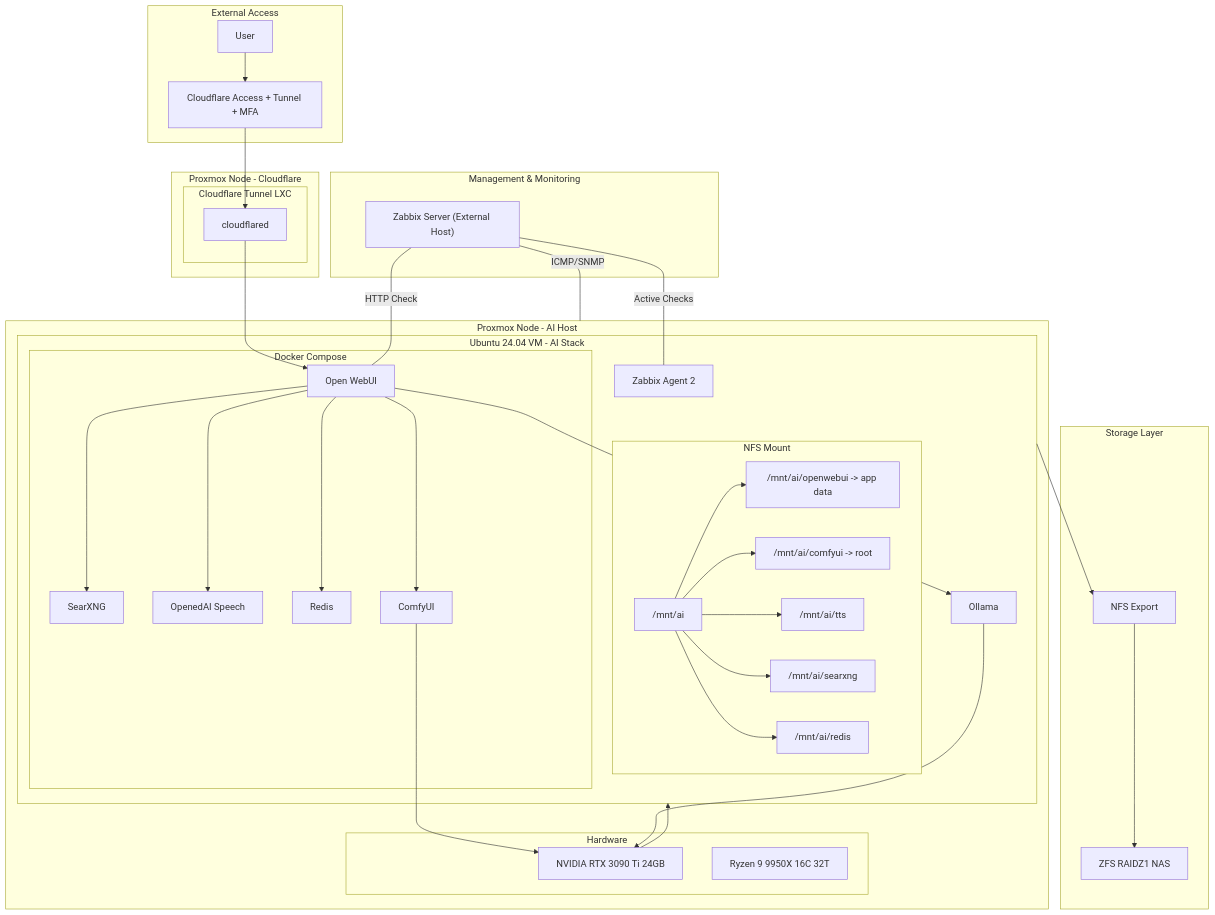
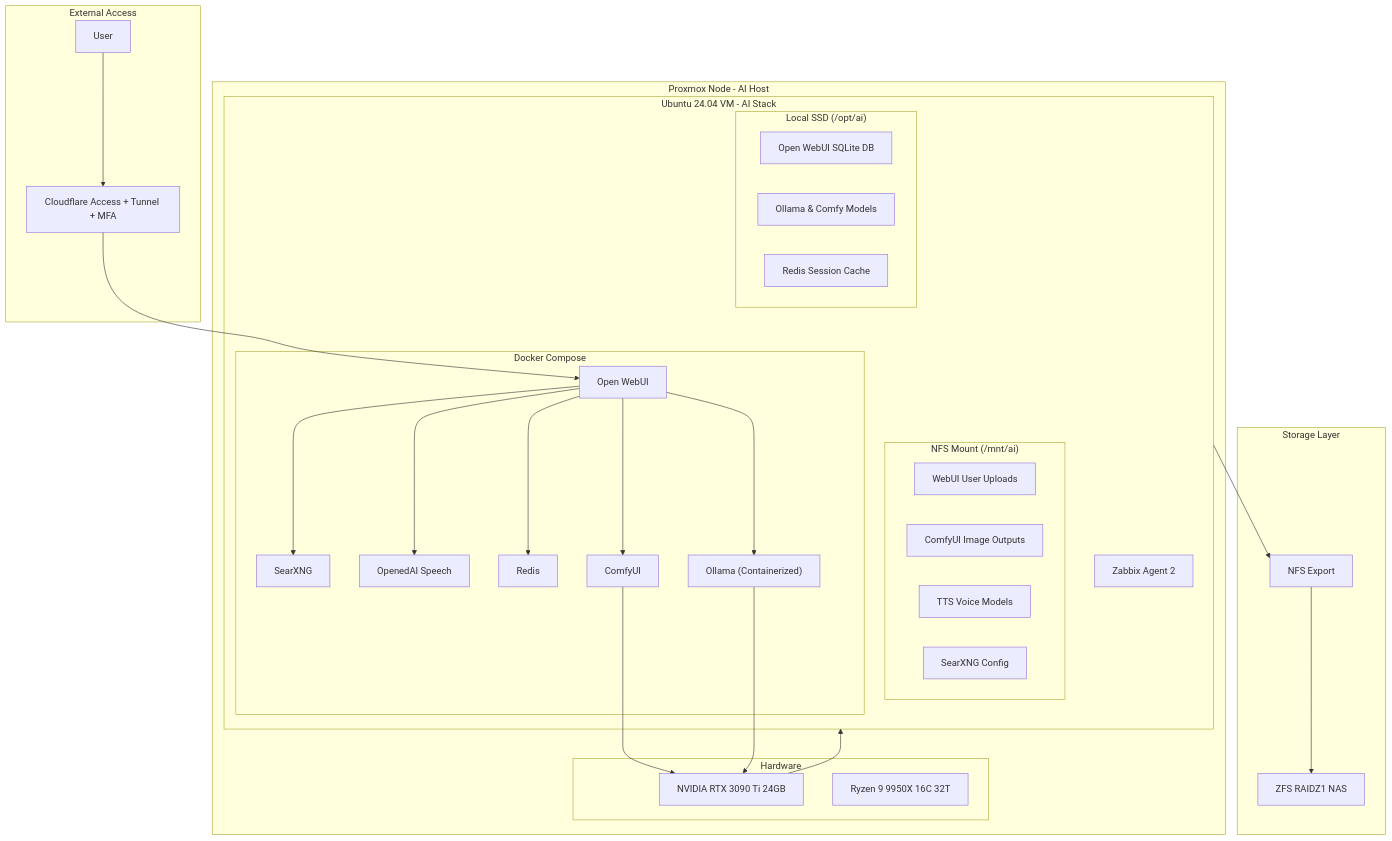
One commit to nicolasnkGH/ai-stack changed the diagram in docs/architecture.md. Above: the diagram before and after it, drawn with Mermaid. The commit also changed other lines of this file, not shown here.

Commit message:
Revise architecture.md for AI stack and monitoring updates
Updated architecture documentation to reflect changes in the AI stack and storage strategy, including new monitoring and troubleshooting sections.

````diff
--- a/docs/architecture.md
+++ b/docs/architecture.md
@@ -12,76 +12,57 @@
 ```mermaid
 graph TD
 
 subgraph External_Network["External Access"]
-  User["User"] --> CF["Cloudflare Access + Tunnel + MFA"]
-end
-
-subgraph Management["Management & Monitoring"]
-  ZBX["Zabbix Server (External Host)"]
-end
-
-subgraph Proxmox_Node_CF["Proxmox Node - Cloudflare"]
-  subgraph CF_LXC["Cloudflare Tunnel LXC"]
-    CFT["cloudflared"]
-  end
+    User["User"] --> CF["Cloudflare Access + Tunnel + MFA"]
 end
 
 subgraph Proxmox_Node_AI["Proxmox Node - AI Host"]
-  subgraph Hardware["Hardware"]
-    GPU["NVIDIA RTX 3090 Ti 24GB"]
-    CPU["Ryzen 9 9950X 16C 32T"]
-  end
-
-  subgraph AI_VM["Ubuntu 24.04 VM - AI Stack"]
-    subgraph NFS_Mount["NFS Mount"]
-      MNT["/mnt/ai"]
-      OWUI_DATA["/mnt/ai/openwebui -> app data"]
-      CUI_DATA["/mnt/ai/comfyui -> root"]
-      TTS_DATA["/mnt/ai/tts"]
-      SX_DATA["/mnt/ai/searxng"]
-      RD_DATA["/mnt/ai/redis"]
+    subgraph Hardware["Hardware"]
+        GPU["NVIDIA RTX 3090 Ti 24GB"]
+        CPU["Ryzen 9 9950X 16C 32T"]
     end
 
-    WUI["Open WebUI"]
-    AGENT["Zabbix Agent 2"]
+    subgraph AI_VM["Ubuntu 24.04 VM - AI Stack"]
+        subgraph Local_SSD["Local SSD (/opt/ai)"]
+            DB["Open WebUI SQLite DB"]
+            MODELS["Ollama & Comfy Models"]
+            RD_CACHE["Redis Session Cache"]
+        end
 
-    subgraph Compose["Docker Compose"]
-      WUI --> SX["SearXNG"]
-      WUI --> TTS["OpenedAI Speech"]
-      WUI --> RD["Redis"]
-      WUI --> CUI["ComfyUI"]
+        subgraph NFS_Mount["NFS Mount (/mnt/ai)"]
+            OWUI_UPLOADS["WebUI User Uploads"]
+            CUI_OUT["ComfyUI Image Outputs"]
+            TTS_DATA["TTS Voice Models"]
+            SX_DATA["SearXNG Config"]
+        end
+
+        WUI["Open WebUI"]
+        AGENT["Zabbix Agent 2"]
+
+        subgraph Compose["Docker Compose"]
+            WUI --> SX["SearXNG"]
+            WUI --> TTS["OpenedAI Speech"]
+            WUI --> RD["Redis"]
+            WUI --> CUI["ComfyUI"]
+            WUI --> OLL["Ollama (Containerized)"]
+        end
     end
-
-    WUI --> OLL["Ollama"]
-  end
 end
 
 subgraph Storage["Storage Layer"]
-  NAS["ZFS RAIDZ1 NAS"]
-  NFS["NFS Export"]
+    NAS["ZFS RAIDZ1 NAS"]
+    NFS["NFS Export"]
 end
 
-%% Network & Logical Connections
-CF --> CFT
-CFT --> WUI
-
-%% Monitoring Links
-ZBX -- "ICMP/SNMP" --- Proxmox_Node_AI
-ZBX -- "Active Checks" --- AGENT
-ZBX -- "HTTP Check" --- WUI
-
-%% Hardware & Storage Links
+%% Logical Connections
+CF --> WUI
 GPU --> AI_VM
 CUI --> GPU
 OLL --> GPU
 
+%% Storage Links
 AI_VM --> NFS
 NFS --> NAS
-
-MNT --> OWUI_DATA
-MNT --> CUI_DATA
-MNT --> TTS_DATA
-MNT --> SX_DATA
-MNT --> RD_DATA
+Local_SSD --- AI_VM
 
 ```
````
